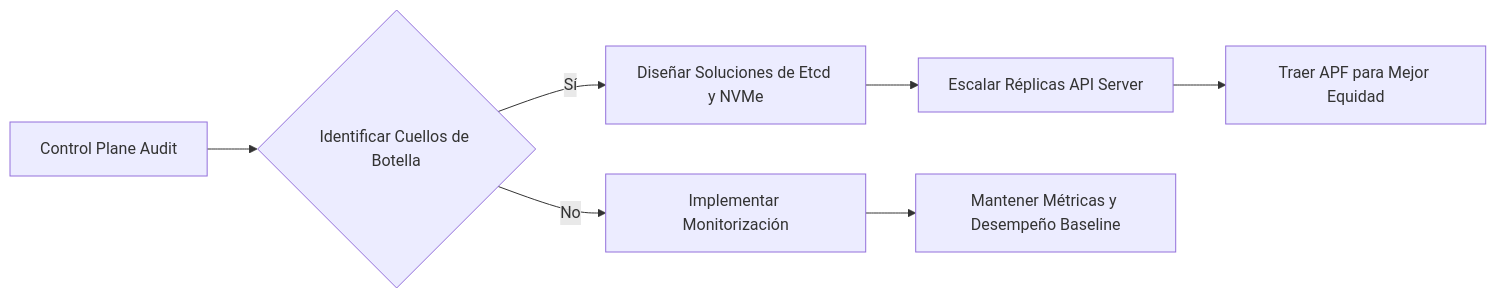
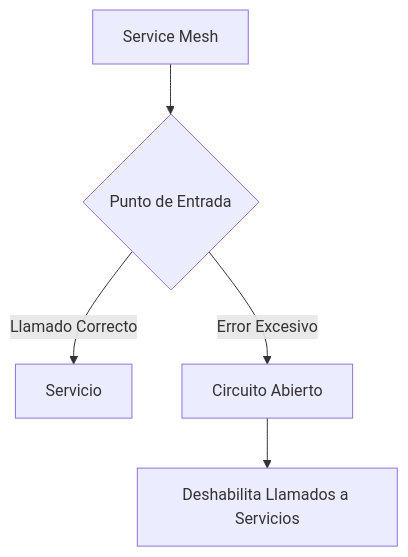
Before and after one commit to Joaquinriosheredia/DAM-Java-Mastery: the fourth of 13 diagrams in Otros_Activos_Mastery/kubernetes:_auto-escalado_y_service_mesh_en_2026_STAFF.md, drawn with Mermaid. The commit also changed other lines of this file, not shown here.

Commit message:
feat: manual de autoridad sobre Kubernetes: Auto-escalado y Service Mesh en 2026 (Staff Level)

````diff
--- a/Otros_Activos_Mastery/kubernetes:_auto-escalado_y_service_mesh_en_2026_STAFF.md
+++ b/Otros_Activos_Mastery/kubernetes:_auto-escalado_y_service_mesh_en_2026_STAFF.md
@@ -282,11 +337,7 @@
 ```mermaid
-graph LR;
-    A[Control Plane Audit] --> B{Identificar Cuellos de Botella}
-    B -->|Sí| C[Diseñar Soluciones de Etcd y NVMe]
-    B -->|No| D[Implementar Monitorización]
-    
-    C --> E[Escalar Réplicas API Server]
-    E --> F[Traer APF para Mejor Equidad]
-
-    D --> G[Mantener Métricas y Desempeño Baseline]
+graph TD;
+    A[Service Mesh] --> B{Punto de Entrada}
+    B -->|Llamado Correcto| C[Servicio]
+    B -->|Error Excesivo| D[Circuito Abierto]
+    D --> E[Deshabilita Llamados a Servicios]
 ```
````
